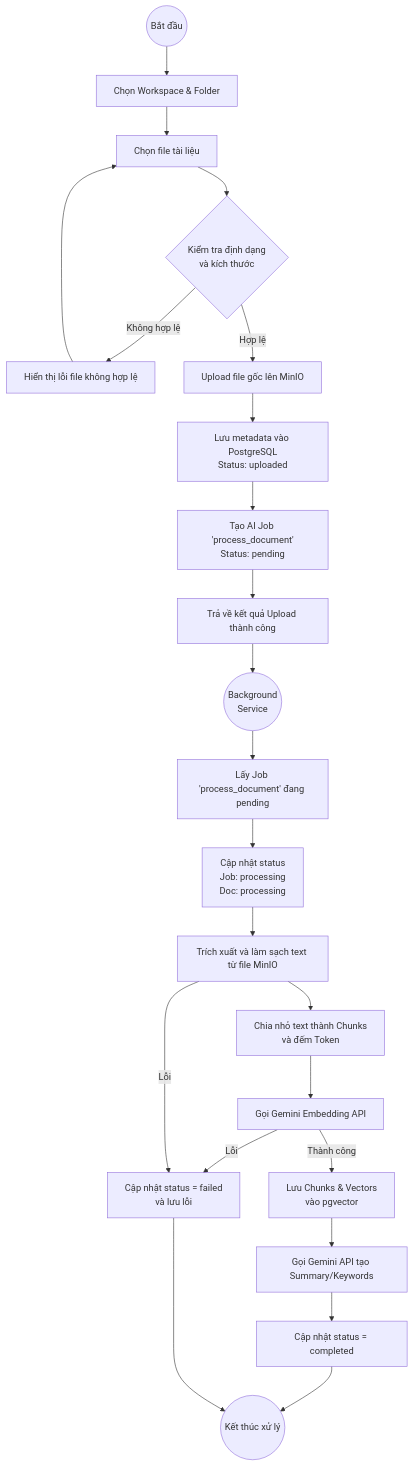
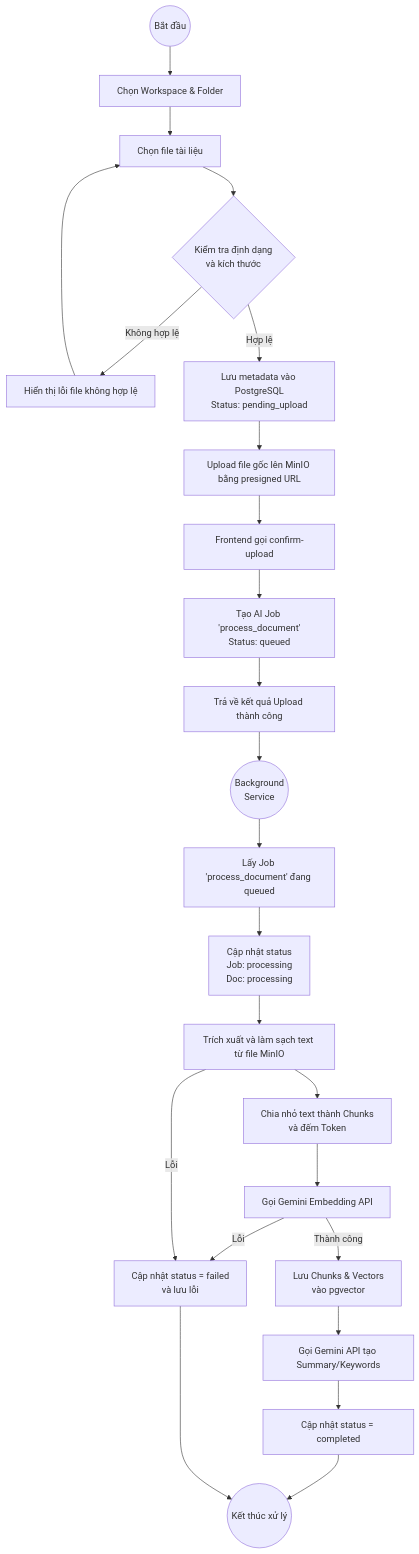
One commit to tuankiet18-dev/InsightVault-AI changed the second of 5 diagrams in docs/about-project/ACTIVITY_DIAGRAMS.md. Above: the diagram before and after it, drawn with Mermaid. The commit also changed other lines of this file and 15 other files, not shown here.

````diff
--- a/docs/about-project/ACTIVITY_DIAGRAMS.md
+++ b/docs/about-project/ACTIVITY_DIAGRAMS.md
@@ -33,28 +33,29 @@
 ```mermaid
 flowchart TD
     Start((Bắt đầu)) --> SelectWorkspace[Chọn Workspace & Folder]
     SelectWorkspace --> SelectFile[Chọn file tài liệu]
     SelectFile --> ValidateFile{Kiểm tra định dạng\nvà kích thước}
     ValidateFile -- Không hợp lệ --> ErrorMsg[Hiển thị lỗi file không hợp lệ]
     ErrorMsg --> SelectFile
-    ValidateFile -- Hợp lệ --> UploadMinIO[Upload file gốc lên MinIO]
-    UploadMinIO --> SaveMetadata[Lưu metadata vào PostgreSQL\nStatus: uploaded]
-    SaveMetadata --> CreateAIJob[Tạo AI Job 'process_document'\nStatus: pending]
+    ValidateFile -- Hợp lệ --> CreateMetadata[Lưu metadata vào PostgreSQL\nStatus: pending_upload]
+    CreateMetadata --> UploadMinIO[Upload file gốc lên MinIO bằng presigned URL]
+    UploadMinIO --> ConfirmUpload[Frontend gọi confirm-upload]
+    ConfirmUpload --> CreateAIJob[Tạo AI Job 'process_document'\nStatus: queued]
     CreateAIJob --> ReturnSuccess[Trả về kết quả Upload thành công]
     ReturnSuccess --> BackgroundService((Background\nService))
 
-    BackgroundService --> JobRun[Lấy Job 'process_document' đang pending]
+    BackgroundService --> JobRun[Lấy Job 'process_document' đang queued]
     JobRun --> UpdateProcessing[Cập nhật status\nJob: processing\nDoc: processing]
     UpdateProcessing --> ExtractText[Trích xuất và làm sạch text từ file MinIO]
     ExtractText --> ChunkText[Chia nhỏ text thành Chunks\nvà đếm Token]
     ChunkText --> CallEmbedding[Gọi Gemini Embedding API]
     
     CallEmbedding -- Thành công --> SaveVector[Lưu Chunks & Vectors\nvào pgvector]
     SaveVector --> GenerateSummary[Gọi Gemini API tạo Summary/Keywords]
     GenerateSummary --> UpdateSuccess[Cập nhật status = completed]
     UpdateSuccess --> EndProcess((Kết thúc xử lý))
     
     CallEmbedding -- Lỗi --> UpdateFailed[Cập nhật status = failed\nvà lưu lỗi]
     ExtractText -- Lỗi --> UpdateFailed
     UpdateFailed --> EndProcess
 ```
````
